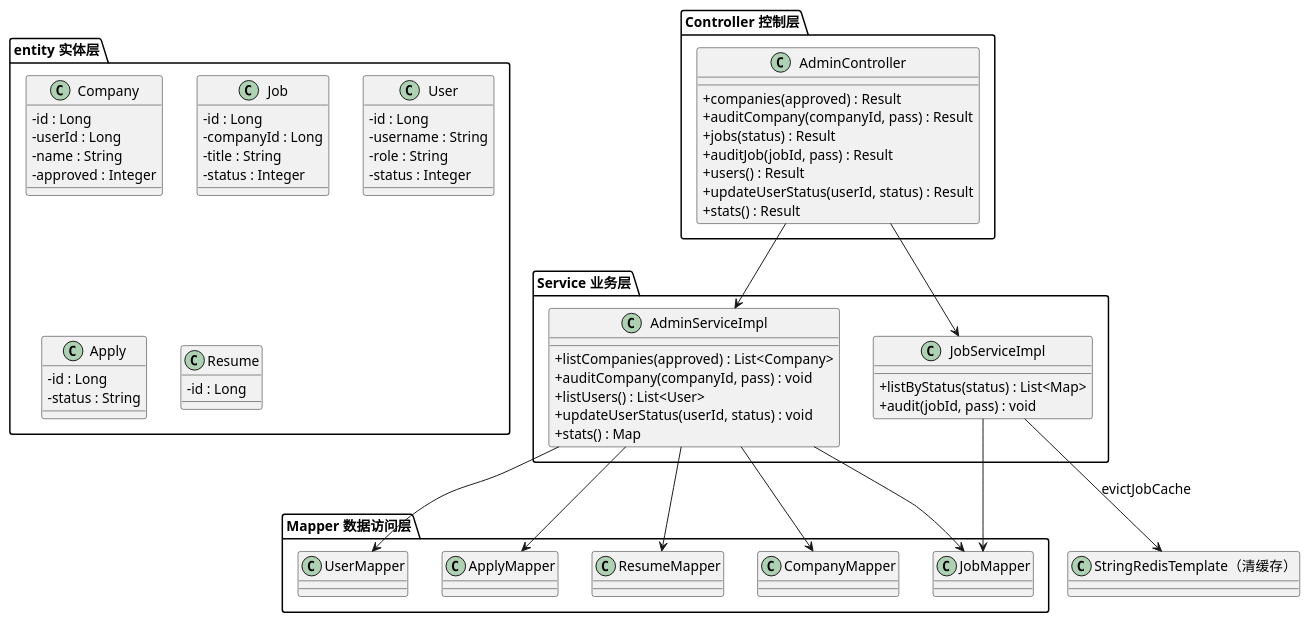
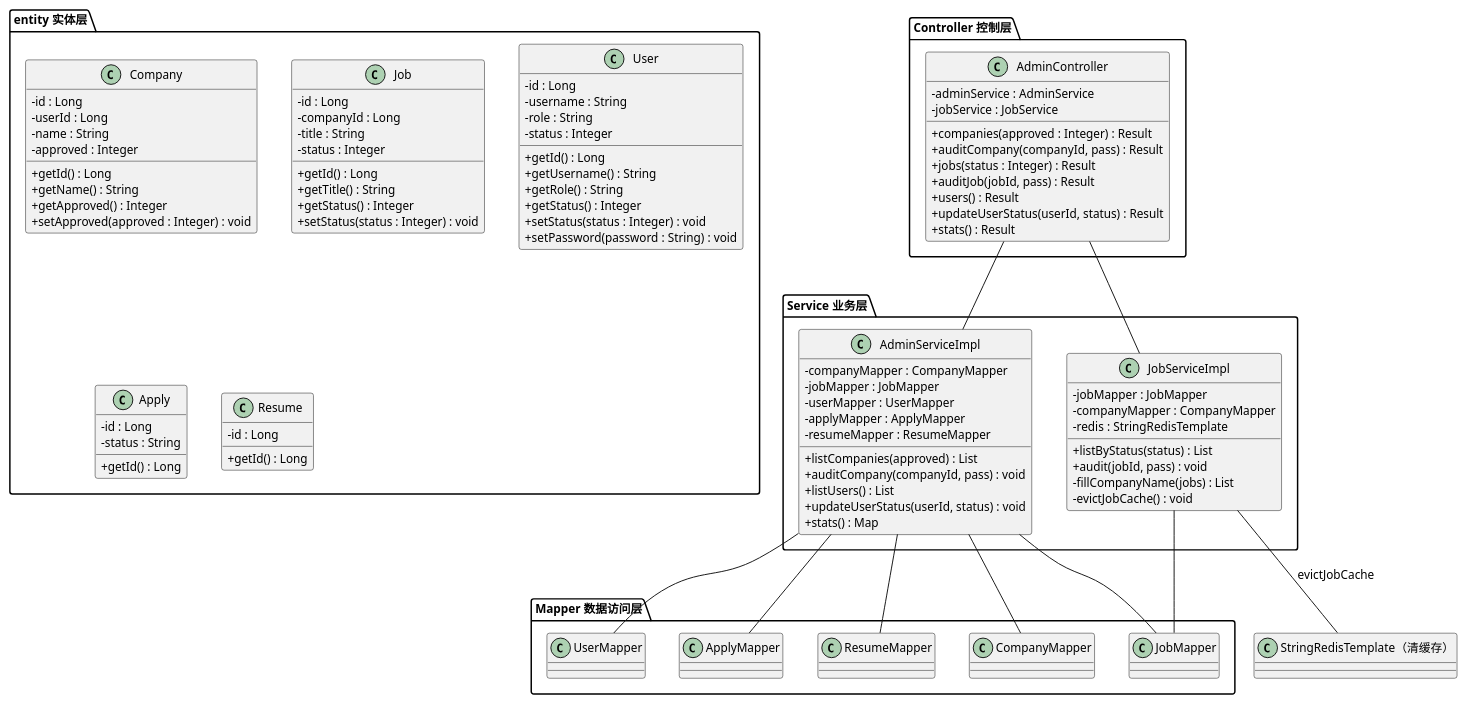
Before and after one commit to sheep7-bot/recruit-internship-system: the diagram in uml/李嘉文/design-class-admin.puml, drawn with PlantUML. The commit also changed 61 other files, not shown here.

Commit message:
完善 AI 简历解析服务，更新 UML 图集；API Key 改为环境变量读取

```diff
--- a/uml/李嘉文/design-class-admin.puml
+++ b/uml/李嘉文/design-class-admin.puml
@@ -1,80 +1,109 @@
 @startuml 李嘉文-管理端设计类图
 skinparam defaultFontName "Microsoft YaHei"
 skinparam classAttributeIconSize 0
-skinparam defaultFontSize 14
+skinparam defaultFontSize 12
+skinparam defaultFontSize 12
 
 package "Controller 控制层" {
   class AdminController {
-    +companies(approved) : Result
+    -adminService : AdminService
+    -jobService : JobService
+    +companies(approved : Integer) : Result
     +auditCompany(companyId, pass) : Result
-    +jobs(status) : Result
+    +jobs(status : Integer) : Result
     +auditJob(jobId, pass) : Result
     +users() : Result
     +updateUserStatus(userId, status) : Result
     +stats() : Result
   }
 }
 
 package "Service 业务层" {
   class AdminServiceImpl {
-    +listCompanies(approved) : List<Company>
+    -companyMapper : CompanyMapper
+    -jobMapper : JobMapper
+    -userMapper : UserMapper
+    -applyMapper : ApplyMapper
+    -resumeMapper : ResumeMapper
+    +listCompanies(approved) : List
     +auditCompany(companyId, pass) : void
-    +listUsers() : List<User>
+    +listUsers() : List
     +updateUserStatus(userId, status) : void
     +stats() : Map
   }
   class JobServiceImpl {
-    +listByStatus(status) : List<Map>
+    -jobMapper : JobMapper
+    -companyMapper : CompanyMapper
+    -redis : StringRedisTemplate
+    +listByStatus(status) : List
     +audit(jobId, pass) : void
+    -fillCompanyName(jobs) : List
+    -evictJobCache() : void
   }
 }
 
 package "Mapper 数据访问层" {
   class CompanyMapper
   class JobMapper
   class UserMapper
   class ApplyMapper
   class ResumeMapper
 }
 
 package "entity 实体层" {
   class Company {
     -id : Long
     -userId : Long
     -name : String
     -approved : Integer
+    +getId() : Long
+    +getName() : String
+    +getApproved() : Integer
+    +setApproved(approved : Integer) : void
   }
   class Job {
     -id : Long
     -companyId : Long
     -title : String
     -status : Integer
+    +getId() : Long
+    +getTitle() : String
+    +getStatus() : Integer
+    +setStatus(status : Integer) : void
   }
   class User {
     -id : Long
     -username : String
     -role : String
     -status : Integer
+    +getId() : Long
+    +getUsername() : String
+    +getRole() : String
+    +getStatus() : Integer
+    +setStatus(status : Integer) : void
+    +setPassword(password : String) : void
   }
   class Apply {
     -id : Long
     -status : String
+    +getId() : Long
   }
   class Resume {
     -id : Long
+    +getId() : Long
   }
 }
 
 class "StringRedisTemplate（清缓存）" as redis
 
-AdminController --> AdminServiceImpl
-AdminController --> JobServiceImpl
+AdminController -- AdminServiceImpl
+AdminController -- JobServiceImpl
 
-AdminServiceImpl --> CompanyMapper
-AdminServiceImpl --> JobMapper
-AdminServiceImpl --> UserMapper
-AdminServiceImpl --> ApplyMapper
-AdminServiceImpl --> ResumeMapper
-JobServiceImpl --> JobMapper
-JobServiceImpl --> redis : evictJobCache
+AdminServiceImpl -- CompanyMapper
+AdminServiceImpl -- JobMapper
+AdminServiceImpl -- UserMapper
+AdminServiceImpl -- ApplyMapper
+AdminServiceImpl -- ResumeMapper
+JobServiceImpl -- JobMapper
+JobServiceImpl -- redis : evictJobCache
 @enduml
```
